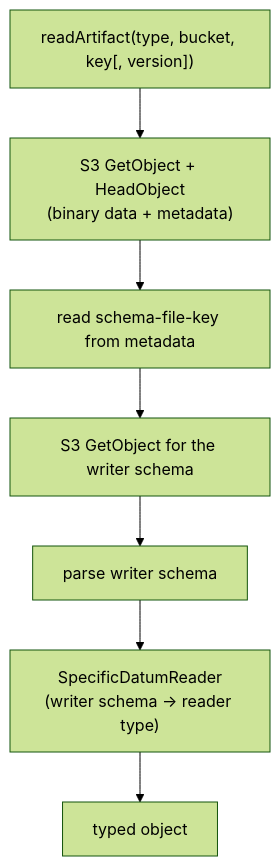
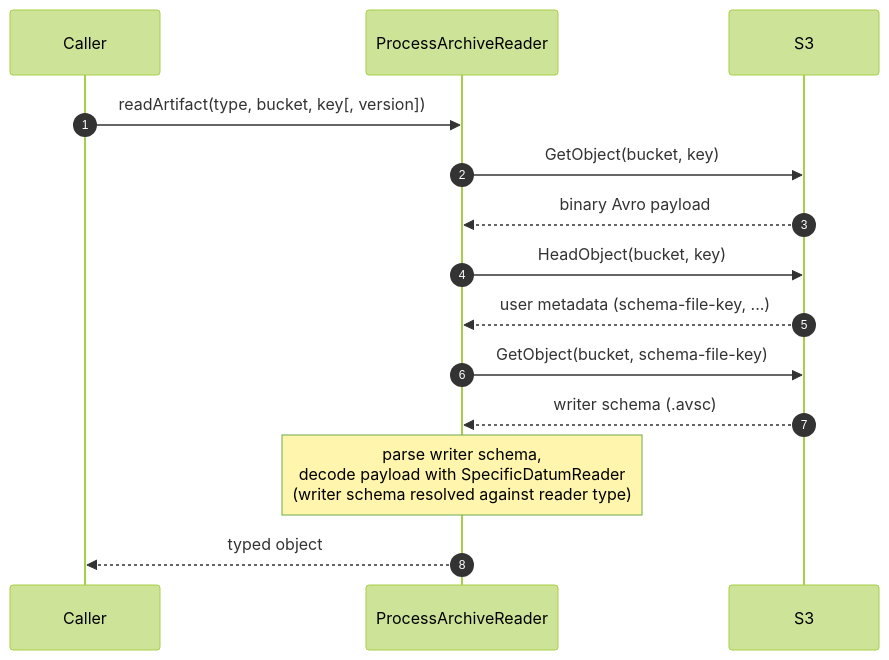
Before and after one commit to jeap-admin-ch/jeap-process-archive-reader: the diagram in docs/how-it-works.md, drawn with Mermaid (forest theme). The commit also changed other lines of this file and 2 other files, not shown here.

````diff
--- a/docs/how-it-works.md
+++ b/docs/how-it-works.md
@@ -9,9 +9,17 @@
 ```mermaid
-flowchart TD
-    A["readArtifact(type, bucket, key[, version])"] --> B["S3 GetObject + HeadObject\n(binary data + metadata)"]
-    B --> C["read schema-file-key from metadata"]
-    C --> D["S3 GetObject for the writer schema"]
-    D --> E["parse writer schema"]
-    E --> F["SpecificDatumReader\n(writer schema -> reader type)"]
-    F --> G["typed object"]
+sequenceDiagram
+    autonumber
+    participant Caller
+    participant Reader as ProcessArchiveReader
+    participant S3
+
+    Caller->>Reader: readArtifact(type, bucket, key[, version])
+    Reader->>S3: GetObject(bucket, key)
+    S3-->>Reader: binary Avro payload
+    Reader->>S3: HeadObject(bucket, key)
+    S3-->>Reader: user metadata (schema-file-key, ...)
+    Reader->>S3: GetObject(bucket, schema-file-key)
+    S3-->>Reader: writer schema (.avsc)
+    Note over Reader: parse writer schema,<br/>decode payload with SpecificDatumReader<br/>(writer schema resolved against reader type)
+    Reader-->>Caller: typed object
 ```
````
